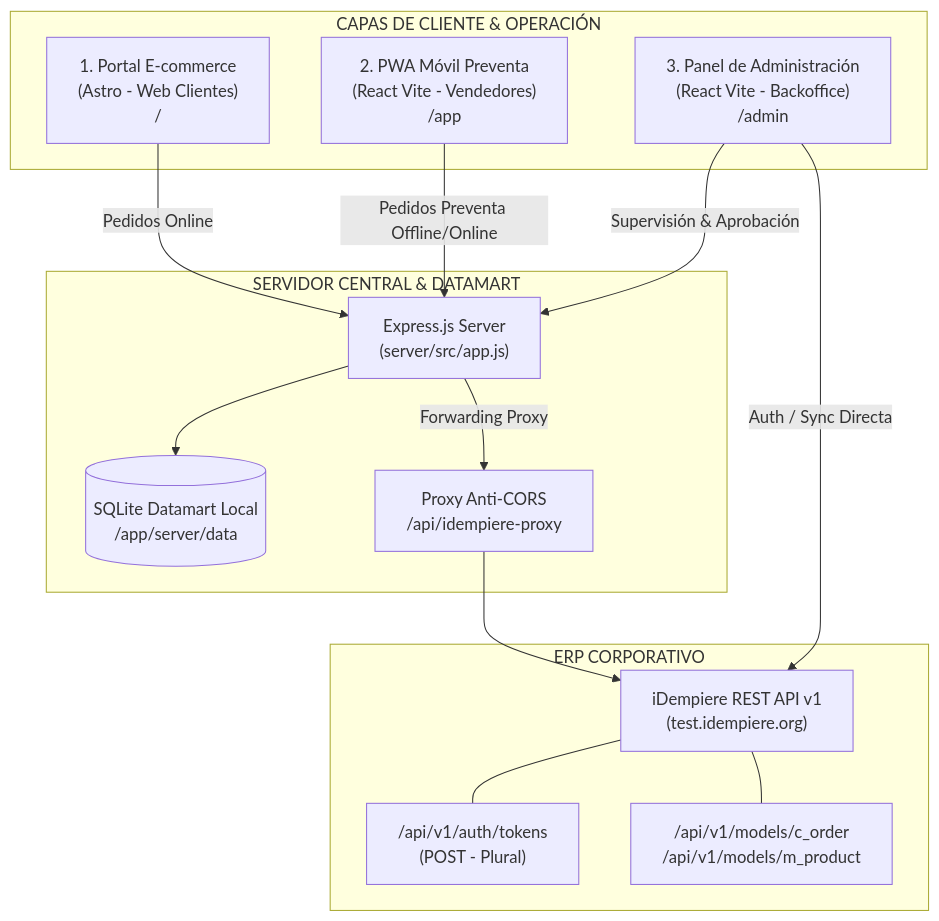
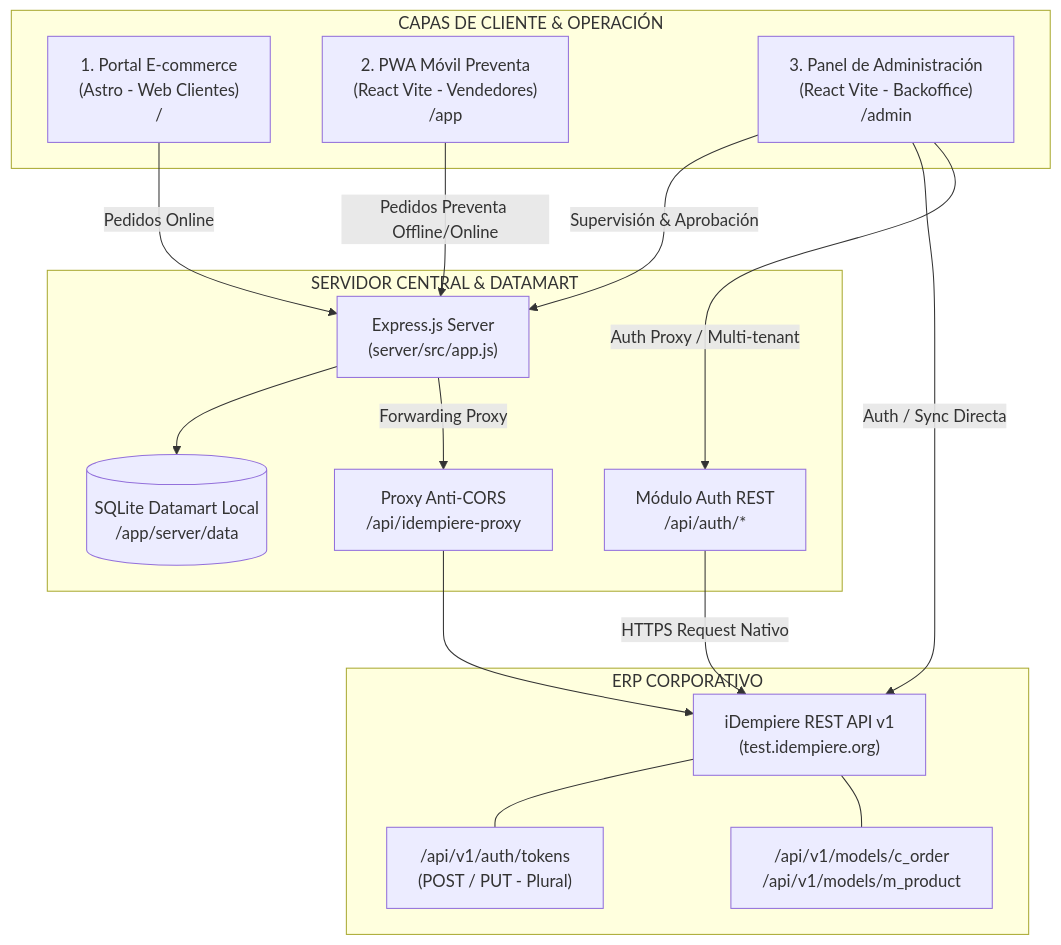
One commit to EGS-GROUP/rapidfood_with_erp changed the first of 2 diagrams in ARCHITECTURE.md. Above: the diagram before and after it, drawn with Mermaid. The commit also changed other lines of this file and 9 other files, not shown here.

````diff
--- a/ARCHITECTURE.md
+++ b/ARCHITECTURE.md
@@ -11,30 +11,33 @@
 ```mermaid
 flowchart TD
     subgraph CapasDeUsuario ["CAPAS DE CLIENTE & OPERACIÓN"]
         EC["1. Portal E-commerce\n(Astro - Web Clientes)\n/"]
         PWA["2. PWA Móvil Preventa\n(React Vite - Vendedores)\n/app"]
         ADM["3. Panel de Administración\n(React Vite - Backoffice)\n/admin"]
     end
 
     subgraph BackendServer ["SERVIDOR CENTRAL & DATAMART"]
         SRV["Express.js Server\n(server/src/app.js)"]
+        AUTH_ROUTER["Módulo Auth REST\n/api/auth/*"]
         PROXY["Proxy Anti-CORS\n/api/idempiere-proxy"]
         SQLITE[("SQLite Datamart Local\n/app/server/data")]
     end
 
     subgraph ERPIntegration ["ERP CORPORATIVO"]
         IDEM["iDempiere REST API v1\n(test.idempiere.org)"]
-        AUTH["/api/v1/auth/tokens\n(POST - Plural)"]
+        AUTH["/api/v1/auth/tokens\n(POST / PUT - Plural)"]
         MODELS["/api/v1/models/c_order\n/api/v1/models/m_product"]
     end
 
     EC -->|Pedidos Online| SRV
     PWA -->|Pedidos Preventa Offline/Online| SRV
     ADM -->|Supervisión & Aprobación| SRV
     SRV --> SQLITE
     ADM -->|Auth / Sync Directa| IDEM
+    ADM -->|Auth Proxy / Multi-tenant| AUTH_ROUTER
+    AUTH_ROUTER -->|HTTPS Request Nativo| IDEM
     SRV -->|Forwarding Proxy| PROXY
     PROXY --> IDEM
     IDEM --- AUTH
     IDEM --- MODELS
 ```
````
